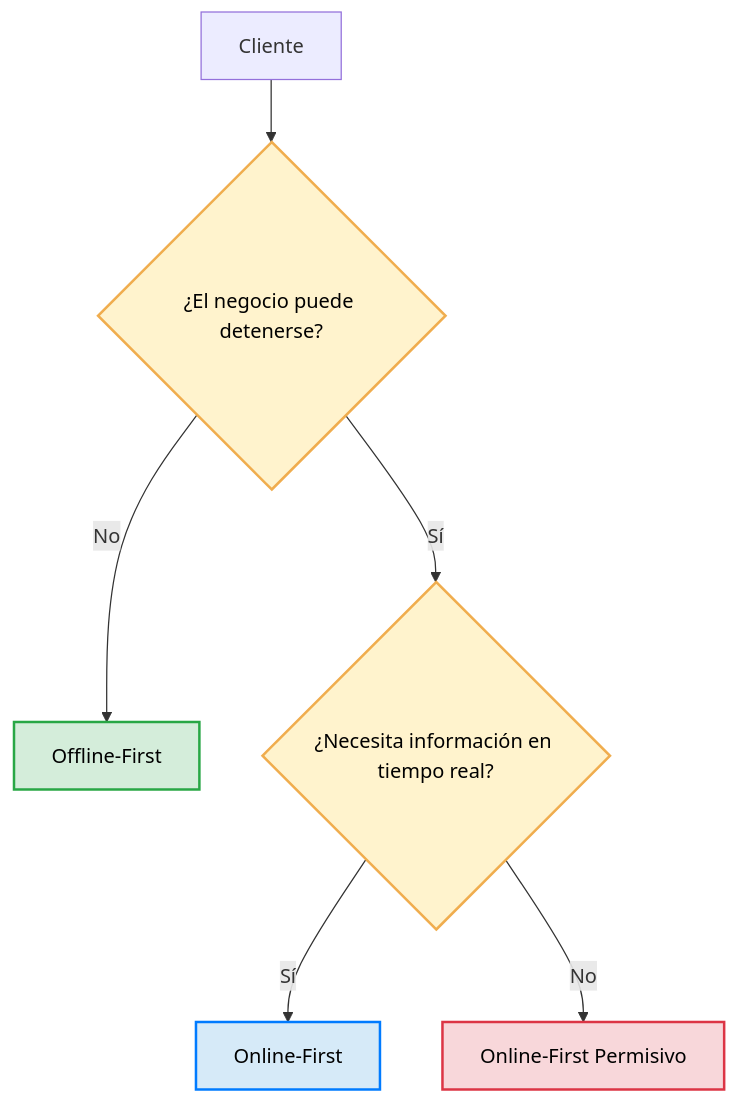
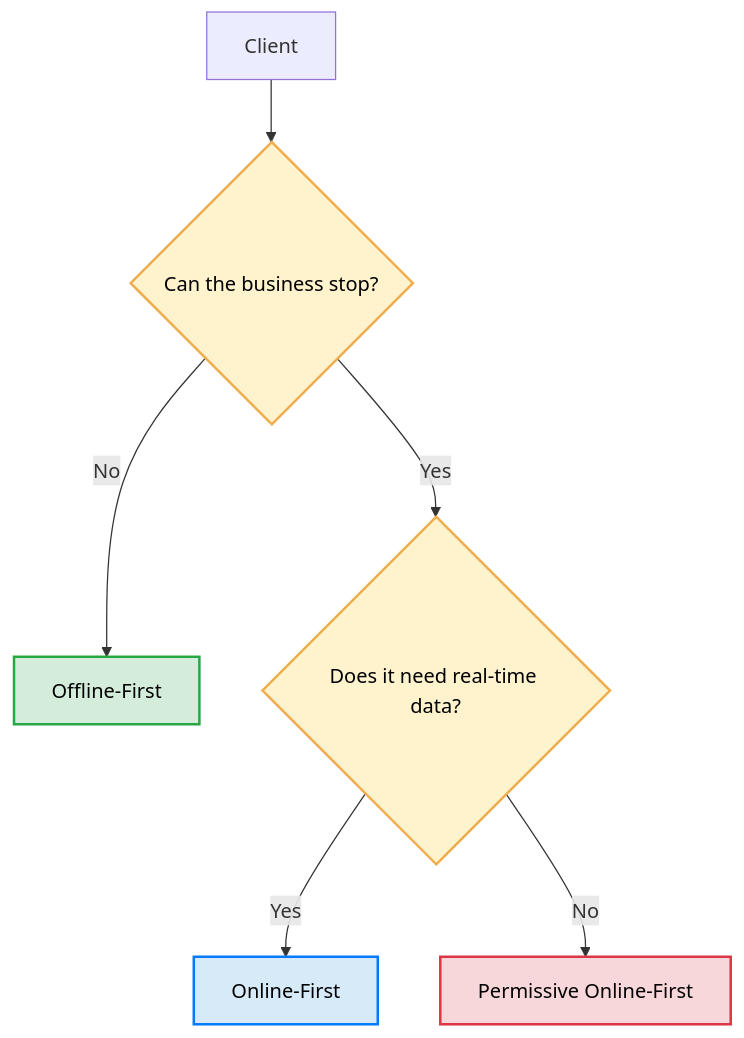
The first of 2 diagrams in Connectivity Strategies in Distributed Systems/README.md (migueval/software-engineering), drawn with Mermaid before and after one commit. The commit also changed other lines of this file and 19 other files, not shown here.

````diff
--- a/Connectivity Strategies in Distributed Systems/README.md
+++ b/Connectivity Strategies in Distributed Systems/README.md
@@ -298,25 +299,25 @@
 ```mermaid
 flowchart TD
 
-    A[Cliente]
+    A[Client]
 
-    A --> B{"¿El negocio puede detenerse?"}
+    A --> B{"Can the business stop?"}
 
     B -->|No| C[Offline-First]
 
-    B -->|Sí| D{"¿Necesita información en tiempo real?"}
+    B -->|Yes| D{"Does it need real-time data?"}
 
-    D -->|Sí| E[Online-First]
+    D -->|Yes| E[Online-First]
 
-    D -->|No| F[Online-First Permisivo]
+    D -->|No| F[Permissive Online-First]
 
     classDef decision fill:#FFF3CD,stroke:#F0AD4E,color:#000,stroke-width:2px;
     classDef offline fill:#D4EDDA,stroke:#28A745,color:#000,stroke-width:2px;
     classDef online fill:#D6EAF8,stroke:#007BFF,color:#000,stroke-width:2px;
     classDef permissive fill:#F8D7DA,stroke:#DC3545,color:#000,stroke-width:2px;
 
     class B,D decision;
     class C offline;
     class E online;
     class F permissive;
 ```
````
